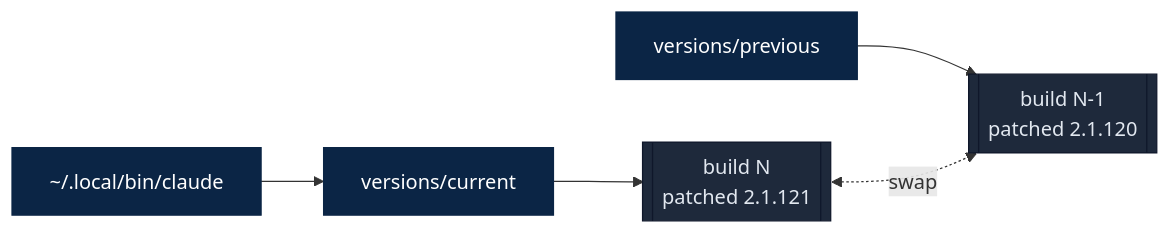
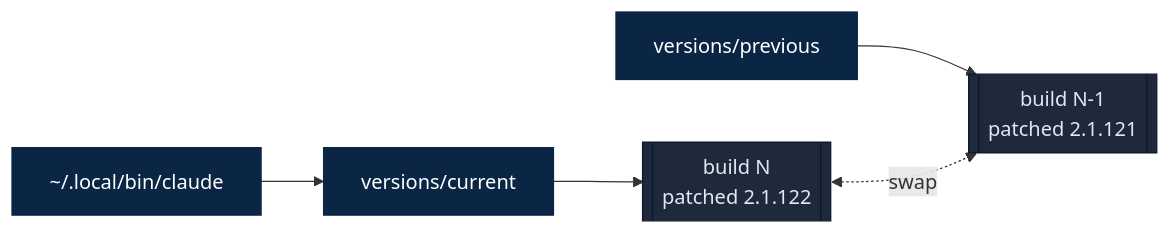
One commit to camjac251/cc-enhanced changed the second of 3 diagrams in README.md. Above: the diagram before and after it, drawn with Mermaid. The commit also changed other lines of this file, not shown here.

````diff
--- a/README.md
+++ b/README.md
@@ -70,13 +70,13 @@
 ```mermaid
 flowchart LR
     Launcher["~/.local/bin/claude"] --> Current["versions/current"]
     Previous["versions/previous"]
-    Current --> NewBuild[["build N<br/>patched 2.1.121"]]
-    Previous --> OldBuild[["build N-1<br/>patched 2.1.120"]]
+    Current --> NewBuild[["build N<br/>patched 2.1.122"]]
+    Previous --> OldBuild[["build N-1<br/>patched 2.1.121"]]
     NewBuild <-. swap .-> OldBuild
 
     classDef sym fill:#0b2545,stroke:#0b2545,color:#fff
     classDef build fill:#1e293b,stroke:#0f172a,color:#e2e8f0
     class Launcher,Current,Previous sym
     class NewBuild,OldBuild build
 ```
````
